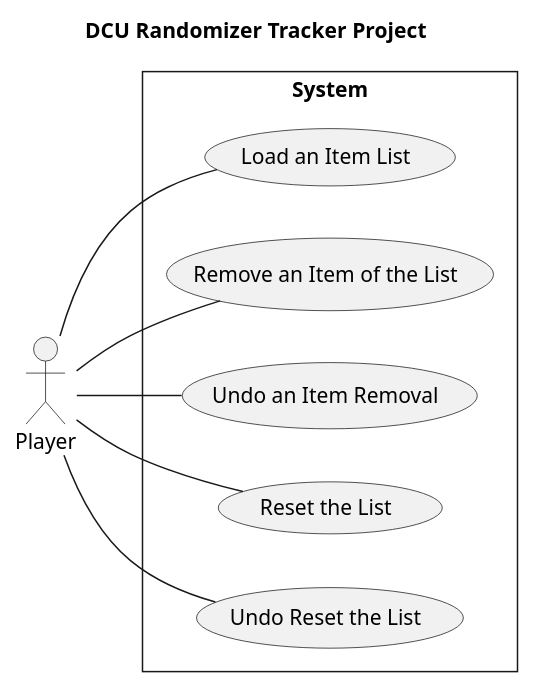
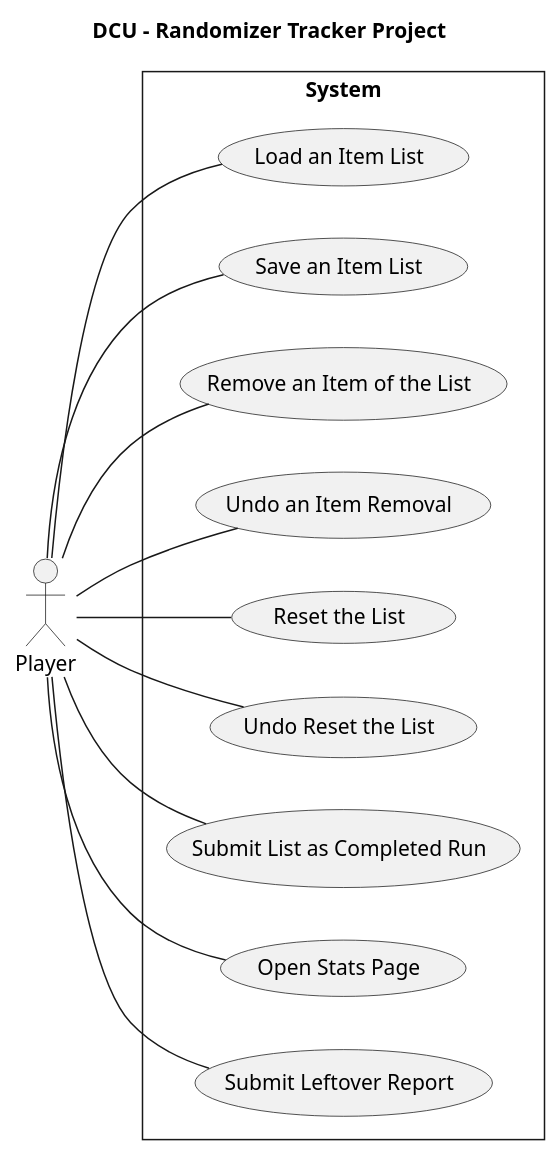
The diagram in docs/UseCases/dcu.puml (vexys001/RandoTracker), drawn with PlantUML before and after one commit. The commit also changed 1 other file, not shown here.

```diff
--- a/docs/UseCases/dcu.puml
+++ b/docs/UseCases/dcu.puml
@@ -1,25 +1,33 @@
 @startuml
 left to right direction
 skinparam style strictuml
 skinparam packageStyle rect
 skinparam backgroundcolor transparent
 skinparam defaultfontname Verdana
 
-title DCU Randomizer Tracker Project
+title DCU - Randomizer Tracker Project
 
 actor Player as P
 
 rectangle "System" {
   (Load an Item List) as LL
+  (Save an Item List) as SL
   (Remove an Item of the List) as RI
   (Undo an Item Removal) as UIR
   (Reset the List) as RL
   (Undo Reset the List) as UR
+  (Submit List as Completed Run) as SLC
+  (Open Stats Page) as OS
+  (Submit Leftover Report) as SR
 
   P -- LL
+  P -- SL
   P -- RI
   P -- UIR
   P -- RL
   P -- UR
+  P -- SLC
+  P -- OS
+  P -- SR
 }
 @enduml
```
